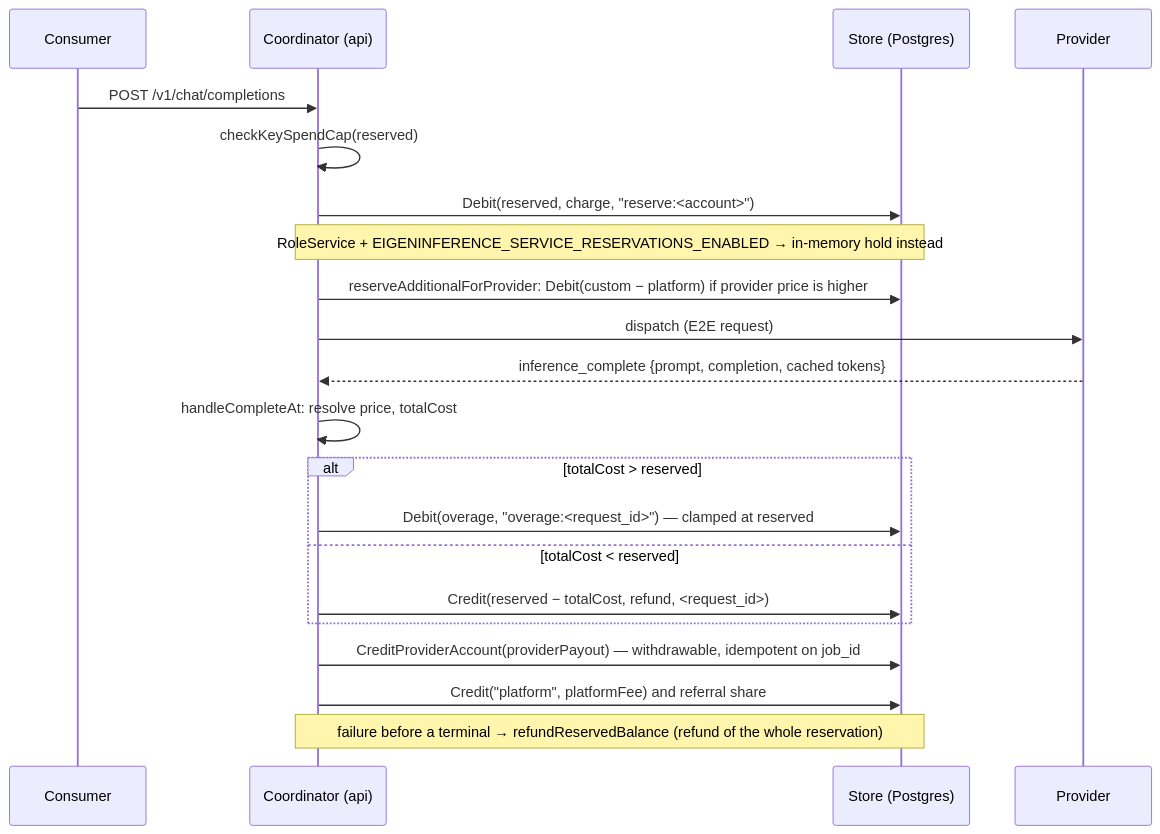
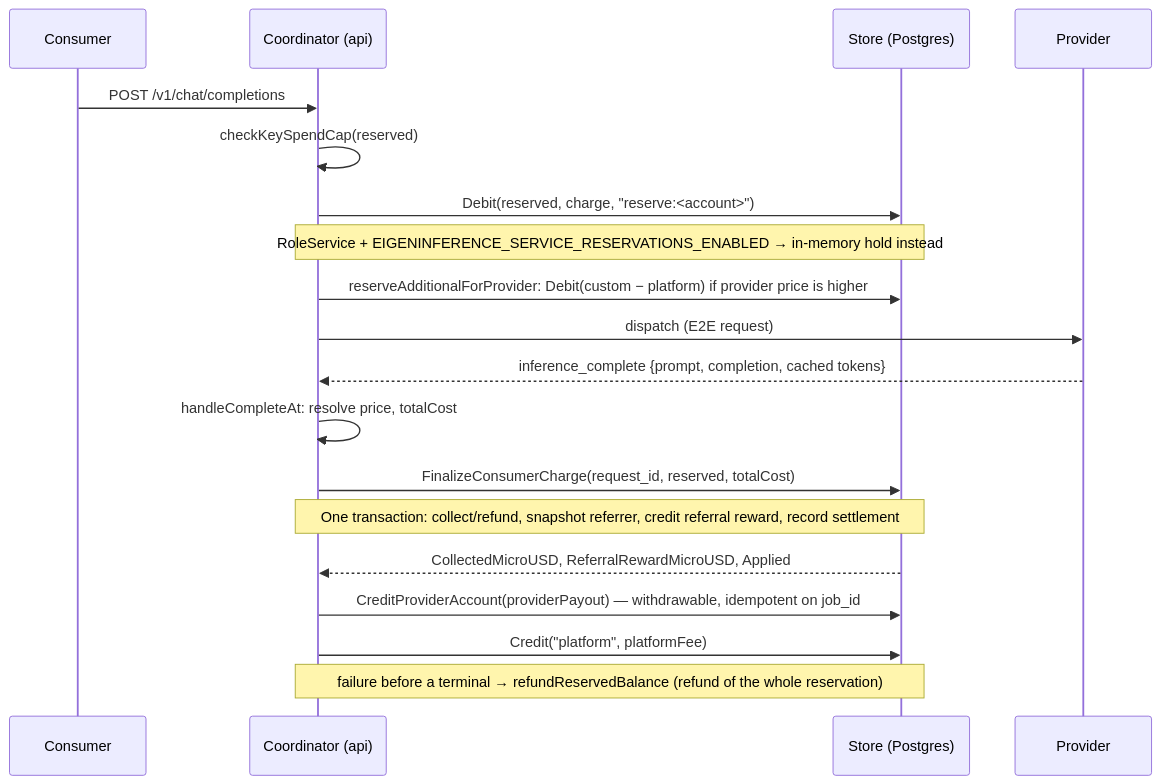
Before and after one commit to EigenMustafa/d-inference: the diagram in docs/architecture/billing.md, drawn with Mermaid. The commit also changed other lines of this file and 59 other files, not shown here.

Commit message:
Add five percent consumer referral rewards and sharing flow

````diff
--- a/docs/architecture/billing.md
+++ b/docs/architecture/billing.md
@@ -53,23 +53,21 @@
 ```mermaid
 sequenceDiagram
   participant C as Consumer
   participant A as Coordinator (api)
   participant S as Store (Postgres)
   participant P as Provider
   C->>A: POST /v1/chat/completions
   A->>A: checkKeySpendCap(reserved)
   A->>S: Debit(reserved, charge, "reserve:<account>")
   Note over A,S: RoleService + EIGENINFERENCE_SERVICE_RESERVATIONS_ENABLED → in-memory hold instead
   A->>S: reserveAdditionalForProvider: Debit(custom − platform) if provider price is higher
   A->>P: dispatch (E2E request)
   P-->>A: inference_complete {prompt, completion, cached tokens}
   A->>A: handleCompleteAt: resolve price, totalCost
-  alt totalCost > reserved
-    A->>S: Debit(overage, "overage:<request_id>") — clamped at reserved
-  else totalCost < reserved
-    A->>S: Credit(reserved − totalCost, refund, <request_id>)
-  end
+  A->>S: FinalizeConsumerCharge(request_id, reserved, totalCost)
+  Note over A,S: One transaction: collect/refund, snapshot referrer, credit referral reward, record settlement
+  S-->>A: CollectedMicroUSD, ReferralRewardMicroUSD, Applied
   A->>S: CreditProviderAccount(providerPayout) — withdrawable, idempotent on job_id
-  A->>S: Credit("platform", platformFee) and referral share
+  A->>S: Credit("platform", platformFee)
   Note over A,S: failure before a terminal → refundReservedBalance (refund of the whole reservation)
 ```
````
